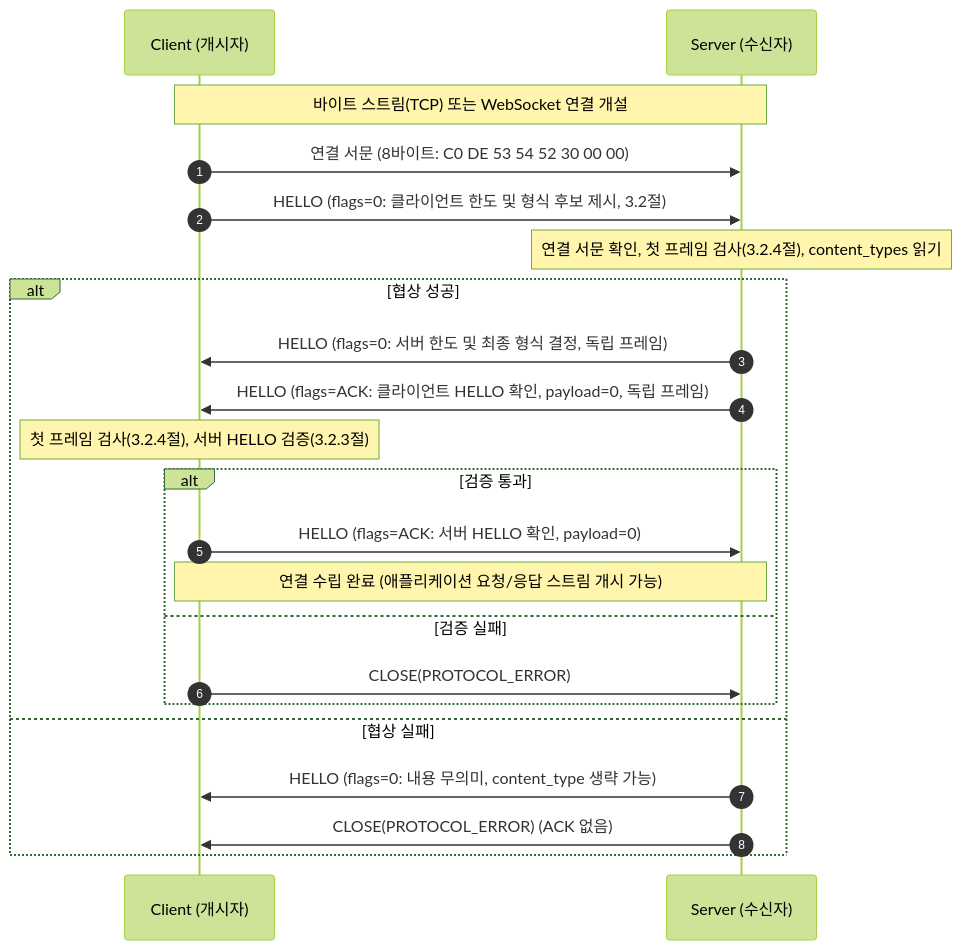
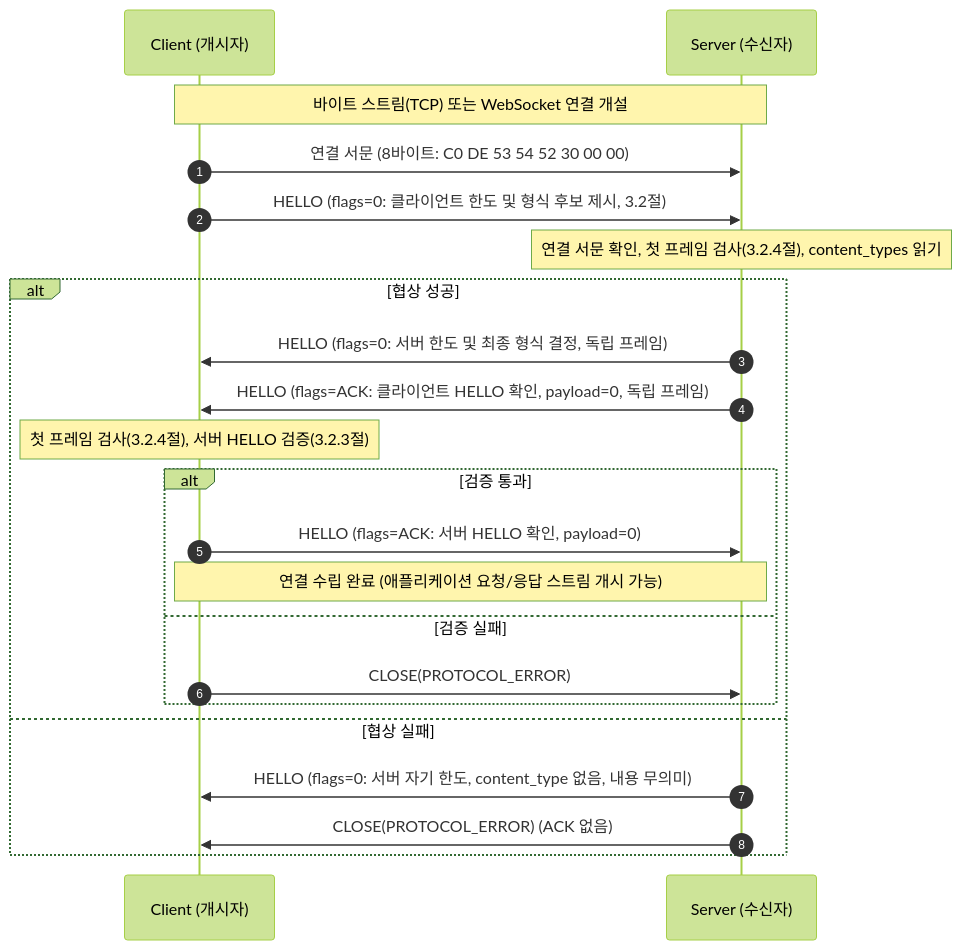
One commit to ppzxc/strand changed the first of 3 diagrams in docs/specification/STRAND_SPECIFICATION.md. Above: the diagram before and after it, drawn with Mermaid (forest theme). The commit also changed other lines of this file, not shown here.

Commit message:
docs: 협상 실패 경로의 서버 HELLO 파라미터를 하나로 규정 (#63)

````diff
--- a/docs/specification/STRAND_SPECIFICATION.md
+++ b/docs/specification/STRAND_SPECIFICATION.md
@@ -428,27 +428,27 @@
 ```mermaid
 sequenceDiagram
     autonumber
     participant C as Client (개시자)
     participant S as Server (수신자)
 
     Note over C,S: 바이트 스트림(TCP) 또는 WebSocket 연결 개설
     C->>S: 연결 서문 (8바이트: C0 DE 53 54 52 30 00 00)
     C->>S: HELLO (flags=0: 클라이언트 한도 및 형식 후보 제시, 3.2절)
 
     Note over S: 연결 서문 확인, 첫 프레임 검사(3.2.4절), content_types 읽기
     alt 협상 성공
         S->>C: HELLO (flags=0: 서버 한도 및 최종 형식 결정, 독립 프레임)
         S->>C: HELLO (flags=ACK: 클라이언트 HELLO 확인, payload=0, 독립 프레임)
 
         Note over C: 첫 프레임 검사(3.2.4절), 서버 HELLO 검증(3.2.3절)
         alt 검증 통과
             C->>S: HELLO (flags=ACK: 서버 HELLO 확인, payload=0)
             Note over C,S: 연결 수립 완료 (애플리케이션 요청/응답 스트림 개시 가능)
         else 검증 실패
             C->>S: CLOSE(PROTOCOL_ERROR)
         end
     else 협상 실패
-        S->>C: HELLO (flags=0: 내용 무의미, content_type 생략 가능)
+        S->>C: HELLO (flags=0: 서버 자기 한도, content_type 없음, 내용 무의미)
         S->>C: CLOSE(PROTOCOL_ERROR) (ACK 없음)
     end
 ```
````
